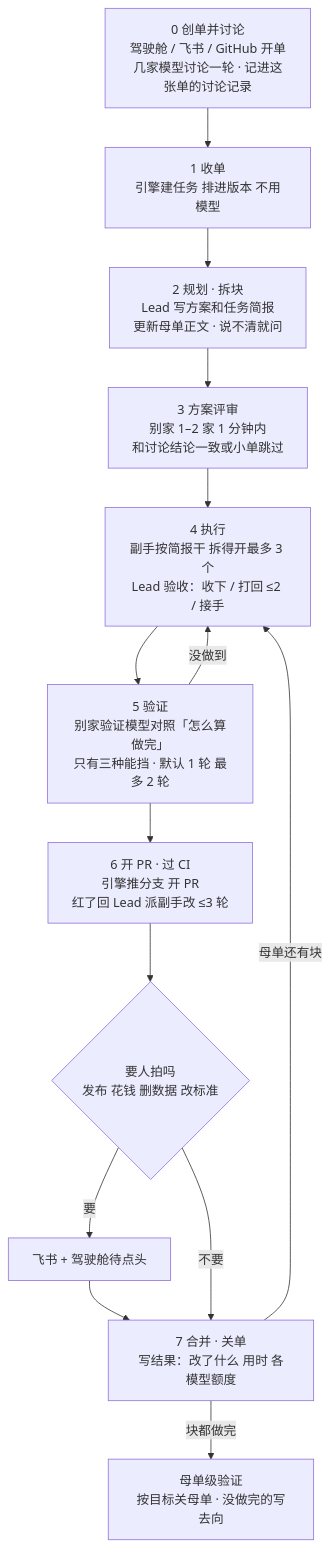
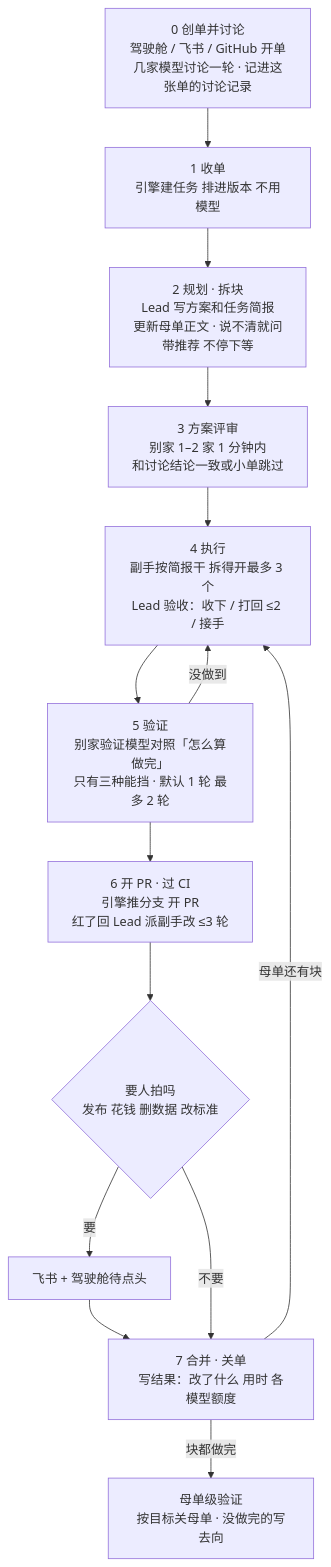
One commit to thoerwink8/fleet-dao changed the second of 2 diagrams in docs/design.md. Above: the diagram before and after it, drawn with Mermaid. The commit also changed other lines of this file and 39 other files, not shown here.

````diff
--- a/docs/design.md
+++ b/docs/design.md
@@ -183,15 +183,15 @@
 ```mermaid
 flowchart TD
   N[0 创单并讨论<br/>驾驶舱 / 飞书 / GitHub 开单<br/>几家模型讨论一轮 · 记进这张单的讨论记录] --> R[1 收单<br/>引擎建任务 排进版本 不用模型]
-  R --> P[2 规划 · 拆块<br/>Lead 写方案和任务简报<br/>更新母单正文 · 说不清就问]
+  R --> P[2 规划 · 拆块<br/>Lead 写方案和任务简报<br/>更新母单正文 · 说不清就问<br/>带推荐 不停下等]
   P --> RV[3 方案评审<br/>别家 1–2 家 1 分钟内<br/>和讨论结论一致或小单跳过]
   RV --> X[4 执行<br/>副手按简报干 拆得开最多 3 个<br/>Lead 验收：收下 / 打回 ≤2 / 接手]
   X --> V[5 验证<br/>别家验证模型对照「怎么算做完」<br/>只有三种能挡 · 默认 1 轮 最多 2 轮]
   V -- 没做到 --> X
   V --> PR[6 开 PR · 过 CI<br/>引擎推分支 开 PR<br/>红了回 Lead 派副手改 ≤3 轮]
   PR --> G{要人拍吗<br/>发布 花钱 删数据 改标准}
   G -- 要 --> HN[飞书 + 驾驶舱待点头] --> M
   G -- 不要 --> M[7 合并 · 关单<br/>写结果：改了什么 用时 各模型额度]
   M -- 母单还有块 --> X
   M -- 块都做完 --> MV[母单级验证<br/>按目标关母单 · 没做完的写去向]
 ```
````
